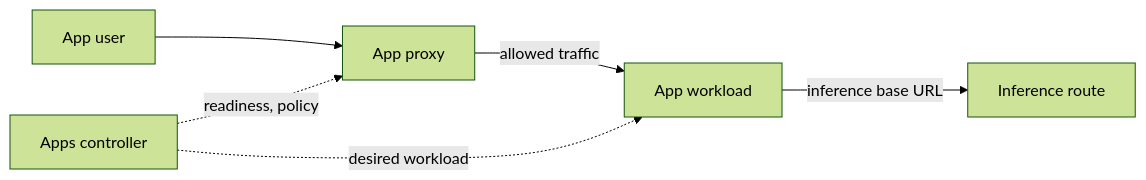
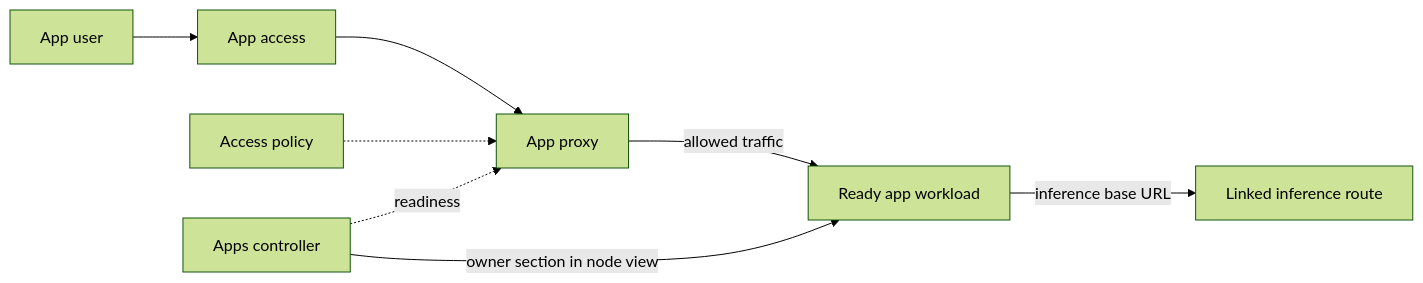
The diagram in docs/design/apps.md (dotcoreai/dotcore), drawn with Mermaid (forest theme) before and after one commit. The commit also changed other lines of this file and 12 other files, not shown here.

Commit message:
docs(*): restructure design pages as architecture specs

````diff
--- a/docs/design/apps.md
+++ b/docs/design/apps.md
@@ -17,8 +25,9 @@
 ```mermaid
 flowchart LR
-  U["App user"] --> PX["App proxy"]
-  PX -->|"allowed traffic"| APP["App workload"]
-  APP -->|"inference base URL"| R["Inference route"]
-  AC["Apps controller"] -.->|"readiness, policy"| PX
-  AC -.->|"desired workload"| APP
+  U["App user"] --> ACC["App access"] --> PX["App proxy"]
+  PX -->|"allowed traffic"| W["Ready app workload"]
+  IAM["Access policy"] -.-> PX
+  AC["Apps controller"] -.->|"readiness"| PX
+  AC -->|"owner section in node view"| W
+  W -->|"inference base URL"| R["Linked inference route"]
 ```
````
